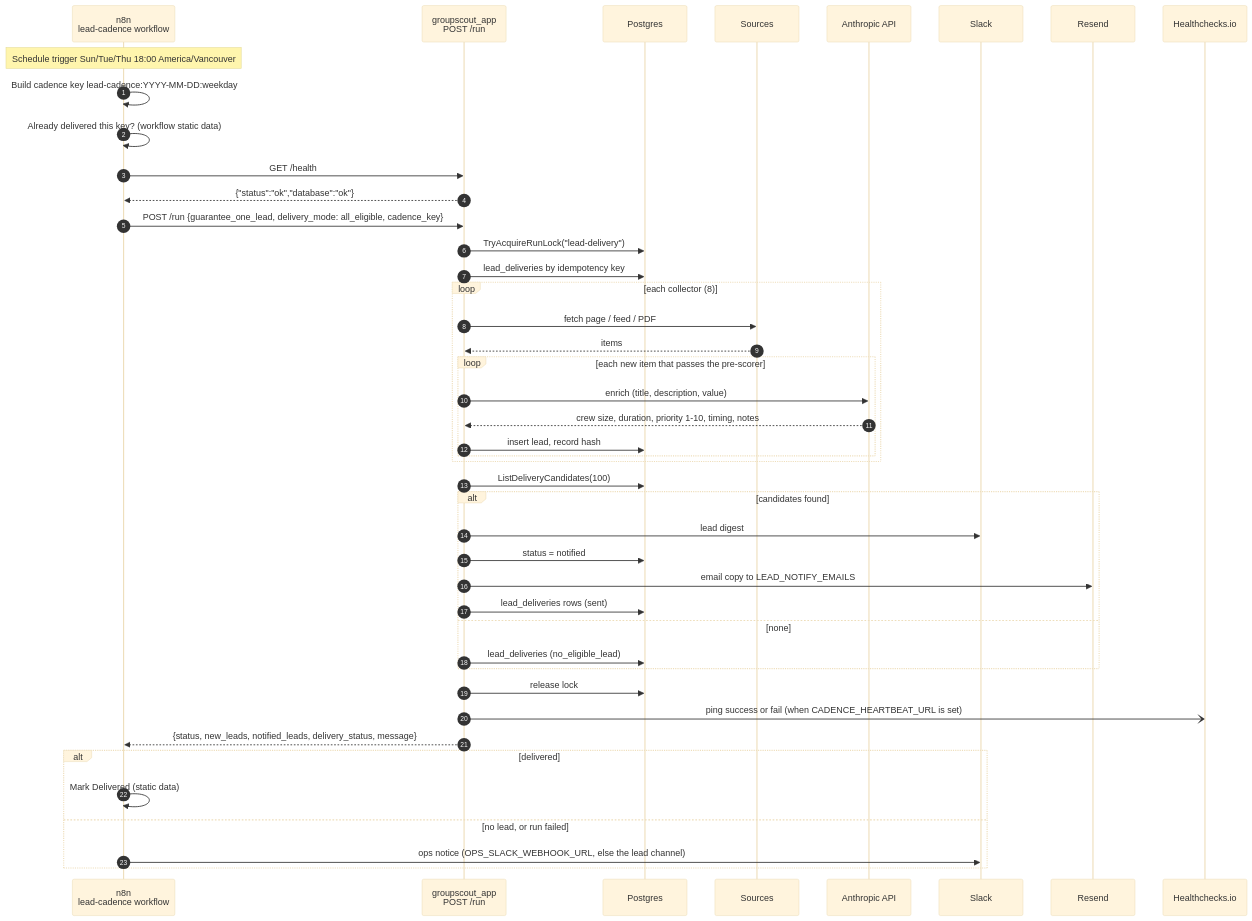
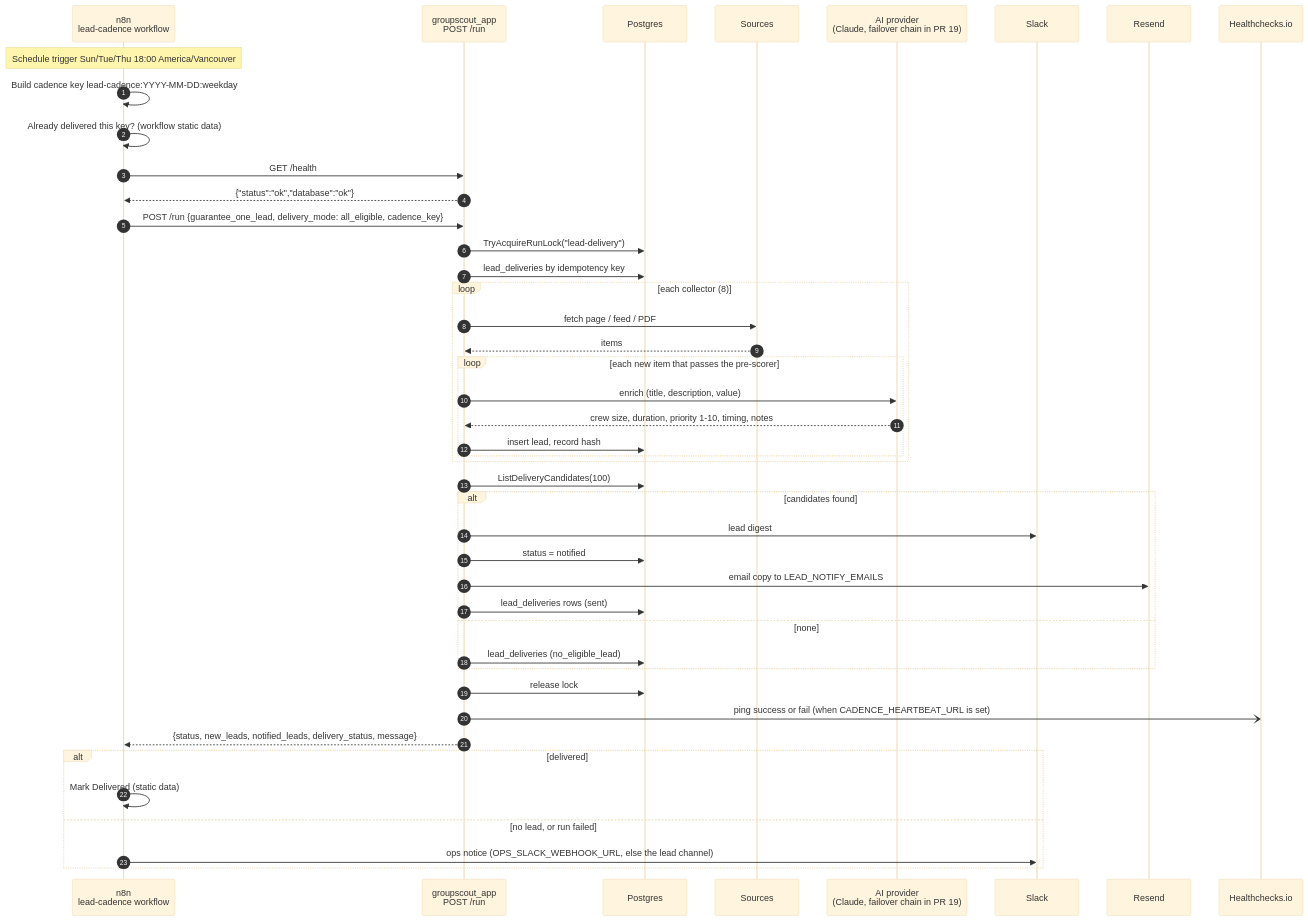
One commit to alvindcastro/groupscout-site changed the second of 3 diagrams in docs/architecture/02-end-to-end-flow.md. Above: the diagram before and after it, drawn with Mermaid (base theme). The commit also changed other lines of this file and 16 other files, not shown here.

First line of the commit message:
Document the AI provider chain (backend PR #19) and file its follow-ups

````diff
--- a/docs/architecture/02-end-to-end-flow.md
+++ b/docs/architecture/02-end-to-end-flow.md
@@ -58,47 +59,47 @@
 ```mermaid
 sequenceDiagram
     autonumber
     participant N as n8n<br/>lead-cadence workflow
     participant A as groupscout_app<br/>POST /run
     participant DB as Postgres
     participant S as Sources
-    participant C as Anthropic API
+    participant C as AI provider<br/>(Claude, failover chain in PR 19)
     participant SL as Slack
     participant R as Resend
     participant H as Healthchecks.io
 
     Note over N: Schedule trigger Sun/Tue/Thu 18:00 America/Vancouver
     N->>N: Build cadence key lead-cadence:YYYY-MM-DD:weekday
     N->>N: Already delivered this key? (workflow static data)
     N->>A: GET /health
     A-->>N: {"status":"ok","database":"ok"}
     N->>A: POST /run {guarantee_one_lead, delivery_mode: all_eligible, cadence_key}
     A->>DB: TryAcquireRunLock("lead-delivery")
     A->>DB: lead_deliveries by idempotency key
     loop each collector (8)
         A->>S: fetch page / feed / PDF
         S-->>A: items
         loop each new item that passes the pre-scorer
             A->>C: enrich (title, description, value)
             C-->>A: crew size, duration, priority 1-10, timing, notes
             A->>DB: insert lead, record hash
         end
     end
     A->>DB: ListDeliveryCandidates(100)
     alt candidates found
         A->>SL: lead digest
         A->>DB: status = notified
         A->>R: email copy to LEAD_NOTIFY_EMAILS
         A->>DB: lead_deliveries rows (sent)
     else none
         A->>DB: lead_deliveries (no_eligible_lead)
     end
     A->>DB: release lock
     A-)H: ping success or fail (when CADENCE_HEARTBEAT_URL is set)
     A-->>N: {status, new_leads, notified_leads, delivery_status, message}
     alt delivered
         N->>N: Mark Delivered (static data)
     else no lead, or run failed
         N->>SL: ops notice (OPS_SLACK_WEBHOOK_URL, else the lead channel)
     end
 ```
````
